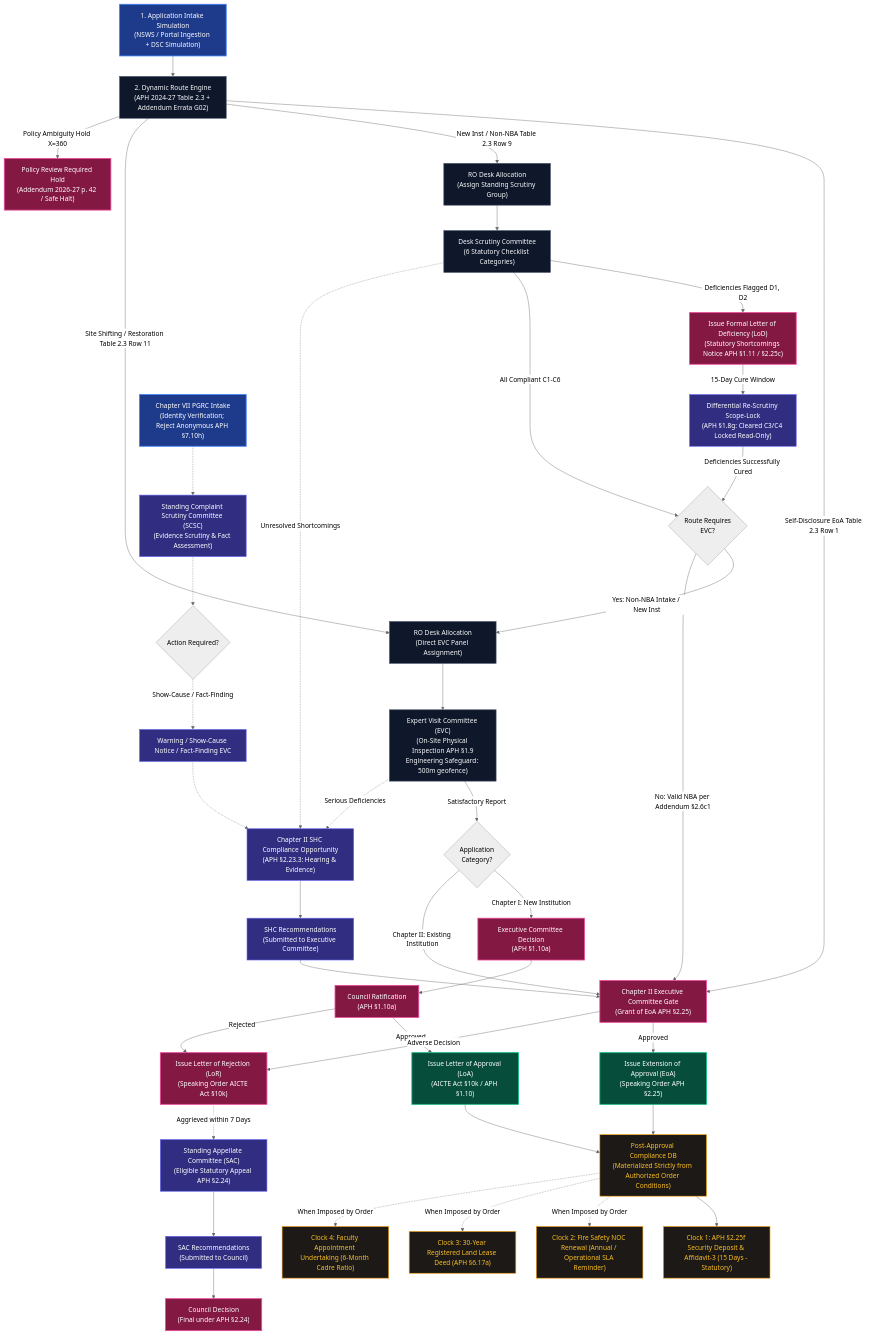
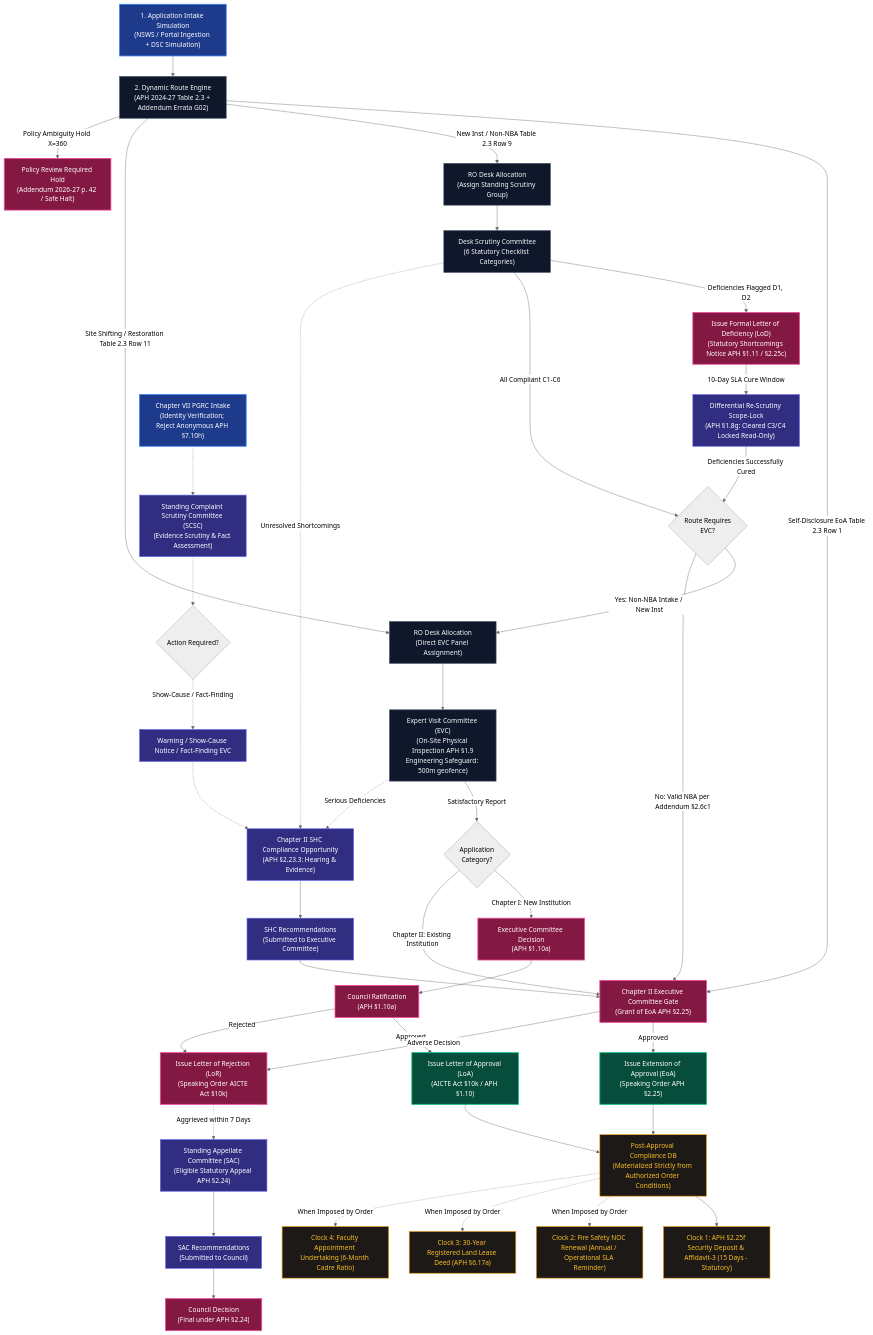
Before and after one commit to Parth-Chavan-15/SIH-2026-AICTE: the diagram in README.md, drawn with Mermaid (neutral theme). The commit also changed other lines of this file and 44 other files, not shown here.

Commit message:
fix(deployment-recovery): recover live render build, complete regulatory route audit & modular workflow architecture

````diff
--- a/README.md
+++ b/README.md
@@ -67,62 +67,62 @@
 ```mermaid
 flowchart TD
     classDef startNode fill:#1e3a8a,stroke:#3b82f6,stroke-width:2px,color:#fff;
     classDef processNode fill:#0f172a,stroke:#475569,stroke-width:1.5px,color:#f8fafc;
     classDef branch fill:#312e81,stroke:#6366f1,stroke-width:1.5px,color:#fff;
     classDef decisionNode fill:#831843,stroke:#ec4899,stroke-width:2px,color:#fff;
     classDef docNode fill:#064e3b,stroke:#10b981,stroke-width:2px,color:#fff;
     classDef auditNode fill:#1c1917,stroke:#f59e0b,stroke-width:1.5px,color:#fbbf24;
 
     A["1. Application Intake Simulation<br/>(NSWS / Portal Ingestion + DSC Simulation)"]:::startNode --> B["2. Dynamic Route Engine<br/>(APH 2024-27 Table 2.3 + Addendum Errata G02)"]:::processNode
     
     B -->|Self-Disclosure EoA Table 2.3 Row 1| G_EC["Chapter II Executive Committee Gate<br/>(Grant of EoA APH §2.25)"]:::decisionNode
     B -->|New Inst / Non-NBA Table 2.3 Row 9| C["RO Desk Allocation<br/>(Assign Standing Scrutiny Group)"]:::processNode
     B -->|Site Shifting / Restoration Table 2.3 Row 11| E["RO Desk Allocation<br/>(Direct EVC Panel Assignment)"]:::processNode
     B -->|Policy Ambiguity Hold X=360| BH["Policy Review Required Hold<br/>(Addendum 2026-27 p. 42 / Safe Halt)"]:::decisionNode
 
     C --> D["Desk Scrutiny Committee<br/>(6 Statutory Checklist Categories)"]:::processNode
     D -->|Deficiencies Flagged D1, D2| D_LOD["Issue Formal Letter of Deficiency (LoD)<br/>(Statutory Shortcomings Notice APH §1.11 / §2.25c)"]:::decisionNode
-    D_LOD -->|15-Day Cure Window| D1["Differential Re-Scrutiny Scope-Lock<br/>(APH §1.8g: Cleared C3/C4 Locked Read-Only)"]:::branch
+    D_LOD -->|10-Day SLA Cure Window| D1["Differential Re-Scrutiny Scope-Lock<br/>(APH §1.8g: Cleared C3/C4 Locked Read-Only)"]:::branch
     D1 -->|Deficiencies Successfully Cured| D2Check{"Route Requires<br/>EVC?"}
     D -->|All Compliant C1-C6| D2Check
 
     D2Check -->|Yes: Non-NBA Intake / New Inst| E
     D2Check -->|No: Valid NBA per Addendum §2.6c1| G_EC
 
     E --> F["Expert Visit Committee (EVC)<br/>(On-Site Physical Inspection APH §1.9<br/>Engineering Safeguard: 500m geofence)"]:::processNode
     F -->|Satisfactory Report| G_ROUTE{"Application<br/>Category?"}
     
     G_ROUTE -->|Chapter I: New Institution| G_CH1_EC["Executive Committee Decision<br/>(APH §1.10a)"]:::decisionNode
     G_CH1_EC --> G_CH1_COUNCIL["Council Ratification<br/>(APH §1.10a)"]:::decisionNode
     G_CH1_COUNCIL -->|Approved| H1["Issue Letter of Approval (LoA)<br/>(AICTE Act §10k / APH §1.10)"]:::docNode
     G_CH1_COUNCIL -->|Rejected| I2["Issue Letter of Rejection (LoR)<br/>(Speaking Order AICTE Act §10k)"]:::decisionNode
 
     G_ROUTE -->|Chapter II: Existing Institution| G_EC
     G_EC -->|Approved| H2["Issue Extension of Approval (EoA)<br/>(Speaking Order APH §2.25)"]:::docNode
     G_EC -->|Adverse Decision| I2
 
     %% Decoupled Chapter II SHC Shortcomings Branch
     D -.->|Unresolved Shortcomings| SHC_COMP["Chapter II SHC Compliance Opportunity<br/>(APH §2.23.3: Hearing & Evidence)"]:::branch
     F -.->|Serious Deficiencies| SHC_COMP
     SHC_COMP --> SHC_REC["SHC Recommendations<br/>(Submitted to Executive Committee)"]:::branch
     SHC_REC --> G_EC
 
     %% Decoupled Chapter II SAC Appellate Branch
     I2 -.->|Aggrieved within 7 Days| SAC_APP["Standing Appellate Committee (SAC)<br/>(Eligible Statutory Appeal APH §2.24)"]:::branch
     SAC_APP --> SAC_REC["SAC Recommendations<br/>(Submitted to Council)"]:::branch
     SAC_REC --> SAC_FINAL["Council Decision<br/>(Final under APH §2.24)"]:::decisionNode
 
     %% Decoupled Chapter VII Grievance & Complaint Branch
     PGRC["Chapter VII PGRC Intake<br/>(Identity Verification; Reject Anonymous APH §7.10h)"]:::startNode -.-> SCSC["Standing Complaint Scrutiny Committee (SCSC)<br/>(Evidence Scrutiny & Fact Assessment)"]:::branch
     SCSC -.-> SCSC_ACT{"Action Required?"}
     SCSC_ACT -.->|Show-Cause / Fact-Finding| SCSC_EVC["Warning / Show-Cause Notice / Fact-Finding EVC"]:::branch
     SCSC_EVC -.-> SHC_COMP
 
     %% Post-Approval Compliance Materialization
     H1 --> N["Post-Approval Compliance DB<br/>(Materialized Strictly from Authorized Order Conditions)"]:::auditNode
     H2 --> N
     N --> N1["Clock 1: APH §2.25f Security Deposit & Affidavit-3 (15 Days - Statutory)"]:::auditNode
     N -.->|When Imposed by Order| N2["Clock 2: Fire Safety NOC Renewal (Annual / Operational SLA Reminder)"]:::auditNode
     N -.->|When Imposed by Order| N3["Clock 3: 30-Year Registered Land Lease Deed (APH §6.17a)"]:::auditNode
     N -.->|When Imposed by Order| N4["Clock 4: Faculty Appointment Undertaking (6-Month Cadre Ratio)"]:::auditNode
 ```
````
